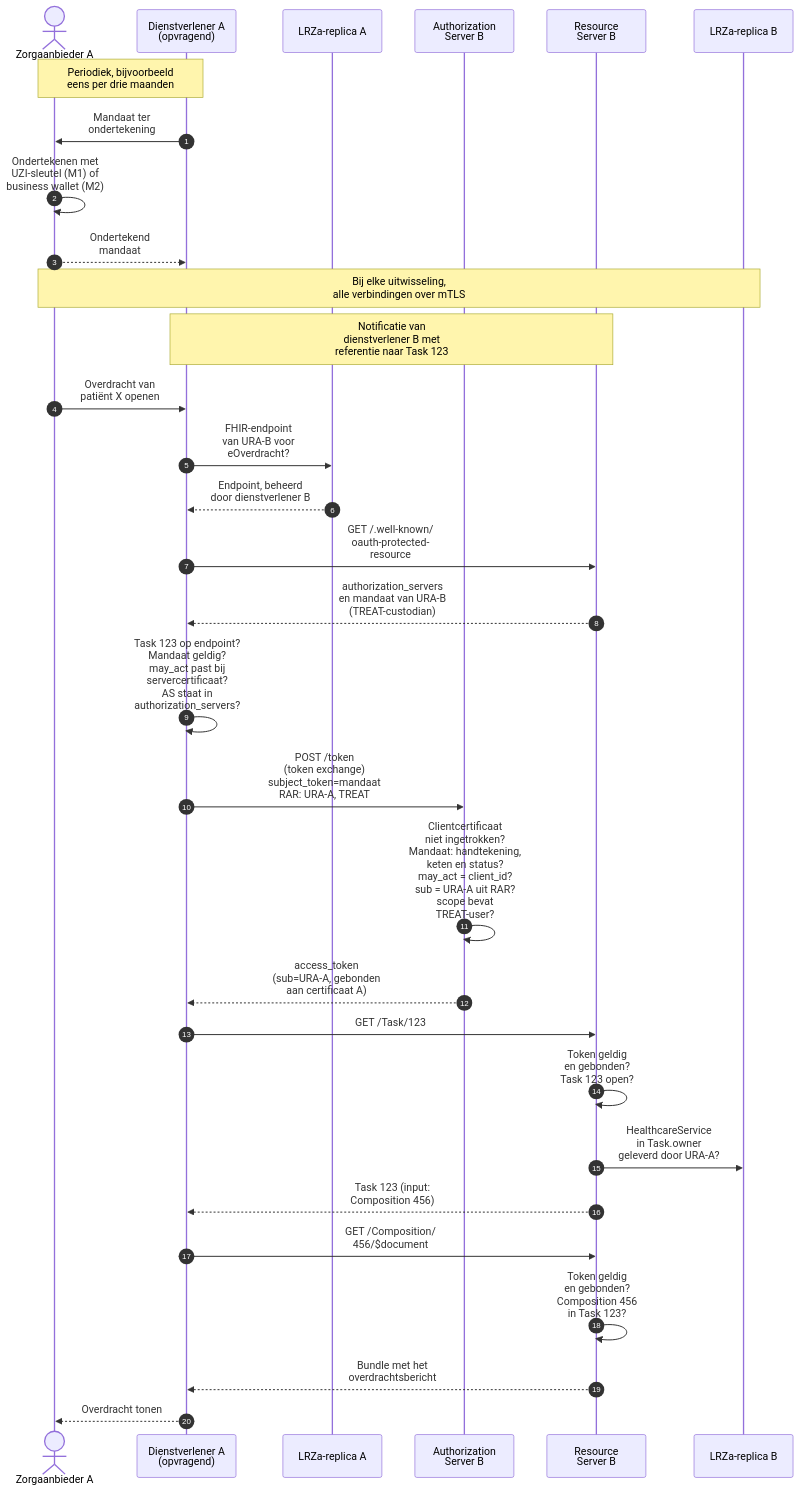
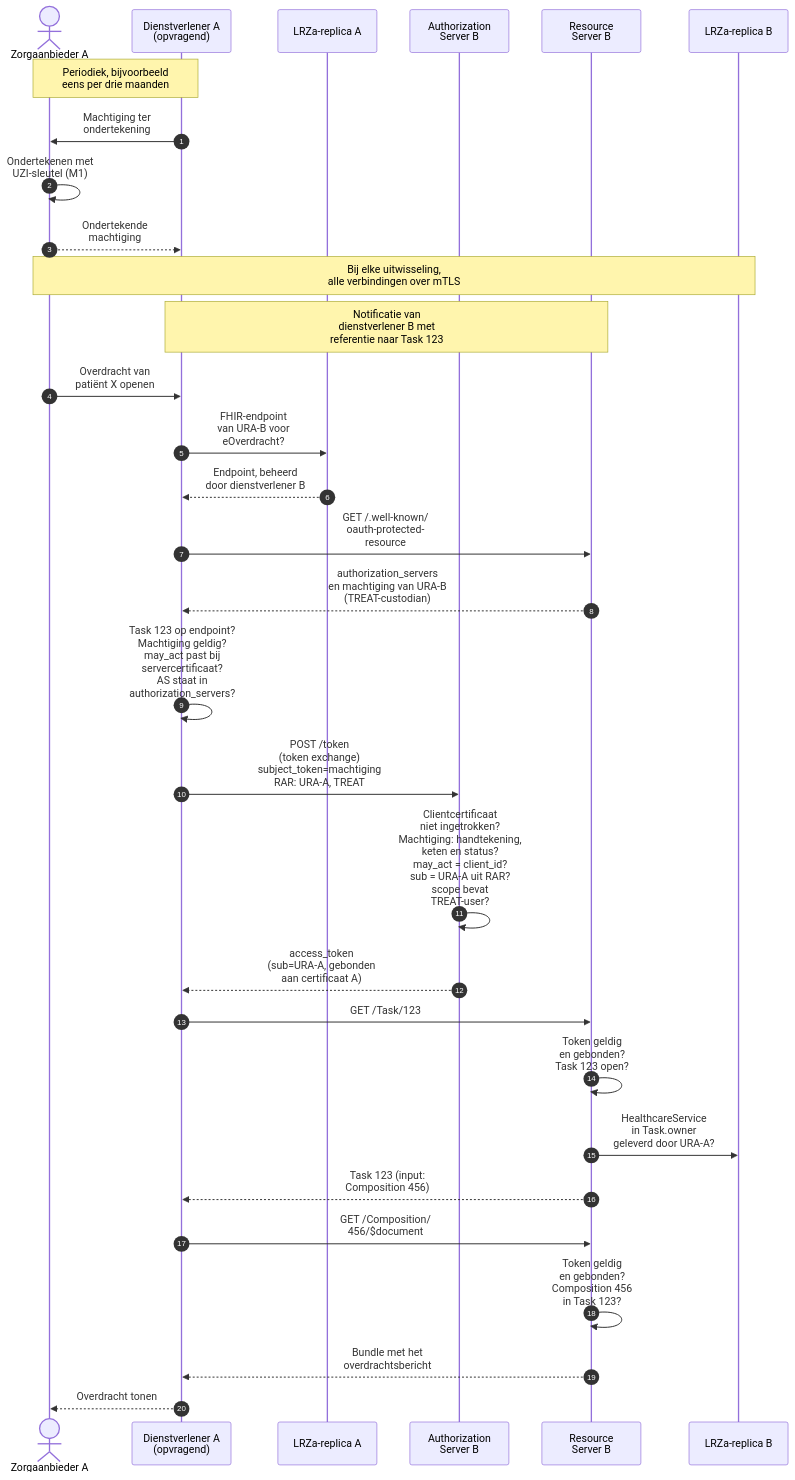
One commit to minvws/generiekefuncties-docs changed the diagram in input/pagecontent/authenticatie-en-autorisatie-vervolg-mandaat-clientregistratie.md. Above: the diagram before and after it, drawn with Mermaid. The commit also changed other lines of this file and 1 other file, not shown here.

````diff
--- a/input/pagecontent/authenticatie-en-autorisatie-vervolg-mandaat-clientregistratie.md
+++ b/input/pagecontent/authenticatie-en-autorisatie-vervolg-mandaat-clientregistratie.md
@@ -326,35 +354,35 @@
 ```mermaid
 sequenceDiagram
     autonumber
     actor ZA as Zorgaanbieder A
     participant DA as Dienstverlener A<br/>(opvragend)
     participant RepA as LRZa-replica A
     participant AS as Authorization<br/>Server B
     participant RS as Resource<br/>Server B
     participant RepB as LRZa-replica B
 
     Note over ZA,DA: Periodiek, bijvoorbeeld<br/>eens per drie maanden
-    DA->>ZA: Mandaat ter<br/>ondertekening
-    ZA->>ZA: Ondertekenen met<br/>UZI-sleutel (M1) of<br/>business wallet (M2)
-    ZA-->>DA: Ondertekend<br/>mandaat
+    DA->>ZA: Machtiging ter<br/>ondertekening
+    ZA->>ZA: Ondertekenen met<br/>UZI-sleutel (M1)
+    ZA-->>DA: Ondertekende<br/>machtiging
 
     Note over ZA,RepB: Bij elke uitwisseling,<br/>alle verbindingen over mTLS
     Note over DA,RS: Notificatie van<br/>dienstverlener B met<br/>referentie naar Task 123
     ZA->>DA: Overdracht van<br/>patiënt X openen
     DA->>RepA: FHIR-endpoint<br/>van URA-B voor<br/>eOverdracht?
     RepA-->>DA: Endpoint, beheerd<br/>door dienstverlener B
     DA->>RS: GET /.well-known/<br/>oauth-protected-<br/>resource
-    RS-->>DA: authorization_servers<br/>en mandaat van URA-B<br/>(TREAT-custodian)
-    DA->>DA: Task 123 op endpoint?<br/>Mandaat geldig?<br/>may_act past bij<br/>servercertificaat?<br/>AS staat in<br/>authorization_servers?
-    DA->>AS: POST /token<br/>(token exchange)<br/>subject_token=mandaat<br/>RAR: URA-A, TREAT
-    AS->>AS: Clientcertificaat<br/>niet ingetrokken?<br/>Mandaat: handtekening,<br/>keten en status?<br/>may_act = client_id?<br/>sub = URA-A uit RAR?<br/>scope bevat<br/>TREAT-user?
+    RS-->>DA: authorization_servers<br/>en machtiging van URA-B<br/>(TREAT-custodian)
+    DA->>DA: Task 123 op endpoint?<br/>Machtiging geldig?<br/>may_act past bij<br/>servercertificaat?<br/>AS staat in<br/>authorization_servers?
+    DA->>AS: POST /token<br/>(token exchange)<br/>subject_token=machtiging<br/>RAR: URA-A, TREAT
+    AS->>AS: Clientcertificaat<br/>niet ingetrokken?<br/>Machtiging: handtekening,<br/>keten en status?<br/>may_act = client_id?<br/>sub = URA-A uit RAR?<br/>scope bevat<br/>TREAT-user?
     AS-->>DA: access_token<br/>(sub=URA-A, gebonden<br/>aan certificaat A)
     DA->>RS: GET /Task/123
     RS->>RS: Token geldig<br/>en gebonden?<br/>Task 123 open?
     RS->>RepB: HealthcareService<br/>in Task.owner<br/>geleverd door URA-A?
     RS-->>DA: Task 123 (input:<br/>Composition 456)
     DA->>RS: GET /Composition/<br/>456/$document
     RS->>RS: Token geldig<br/>en gebonden?<br/>Composition 456<br/>in Task 123?
     RS-->>DA: Bundle met het<br/>overdrachtsbericht
     DA-->>ZA: Overdracht tonen
 ```
````
